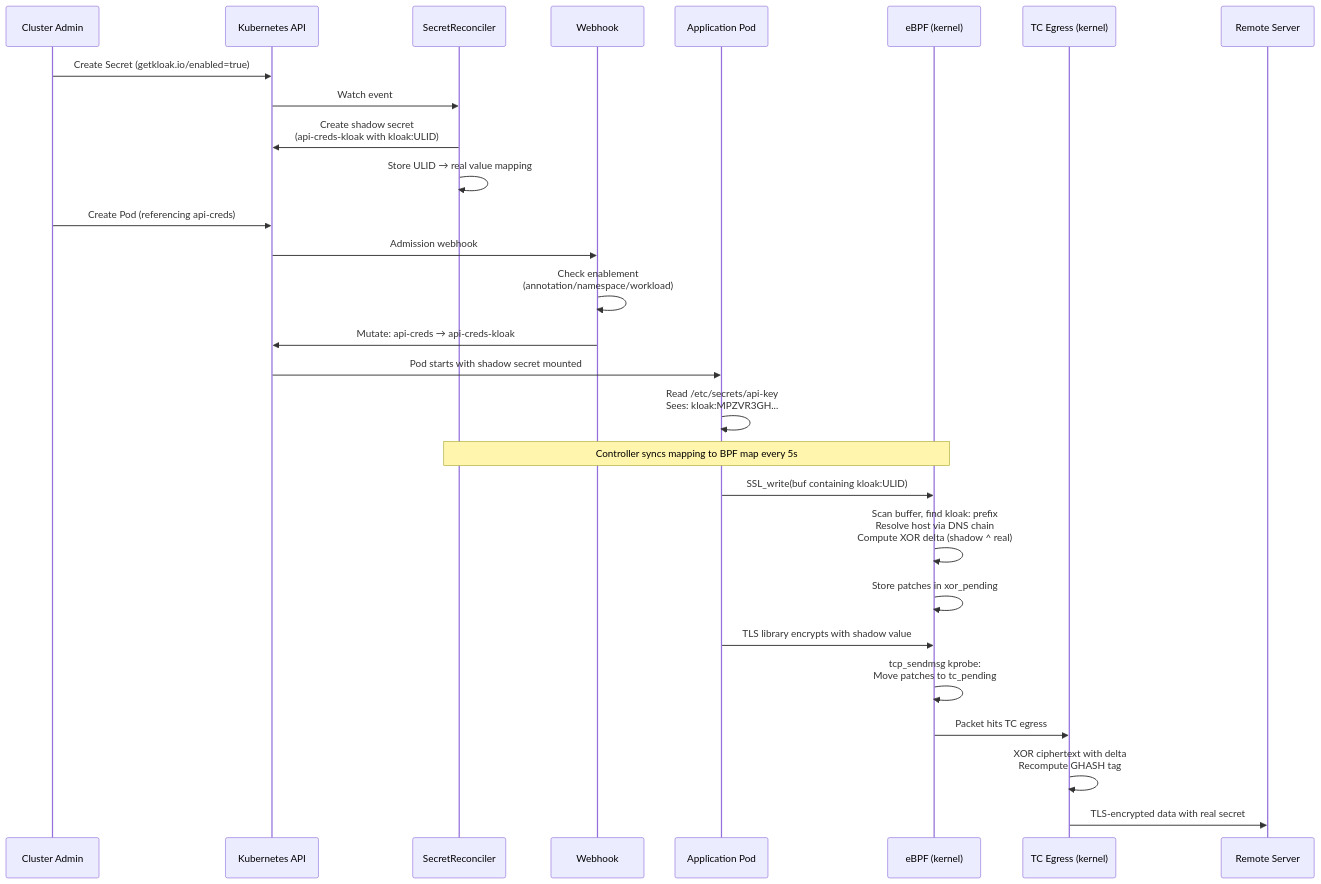
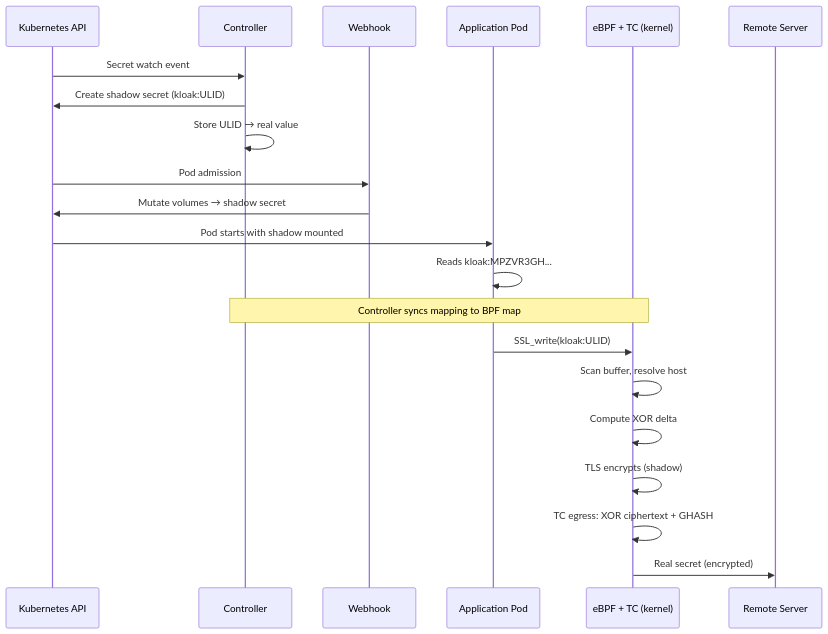
Before and after one commit to spinningfactory/kloak-web: the first of 2 diagrams in docs/architecture/overview.md, drawn with Mermaid. The commit also changed other lines of this file and 2 other files, not shown here.

First line of the commit message:
Fix Mermaid diagram sizing and simplify architecture diagrams

````diff
--- a/docs/architecture/overview.md
+++ b/docs/architecture/overview.md
@@ -91,37 +91,28 @@
 ```mermaid
 sequenceDiagram
-    participant User as Cluster Admin
     participant K8s as Kubernetes API
-    participant SR as SecretReconciler
+    participant Ctrl as Controller
     participant WH as Webhook
     participant App as Application Pod
-    participant eBPF as eBPF (kernel)
-    participant TC as TC Egress (kernel)
+    participant BPF as eBPF + TC (kernel)
     participant Remote as Remote Server
 
-    User->>K8s: Create Secret (getkloak.io/enabled=true)
-    K8s->>SR: Watch event
-    SR->>K8s: Create shadow secret<br/>(api-creds-kloak with kloak:ULID)
-    SR->>SR: Store ULID → real value mapping
+    K8s->>Ctrl: Secret watch event
+    Ctrl->>K8s: Create shadow secret (kloak:ULID)
+    Ctrl->>Ctrl: Store ULID → real value
 
-    User->>K8s: Create Pod (referencing api-creds)
-    K8s->>WH: Admission webhook
-    WH->>WH: Check enablement<br/>(annotation/namespace/workload)
-    WH->>K8s: Mutate: api-creds → api-creds-kloak
-    K8s->>App: Pod starts with shadow secret mounted
+    K8s->>WH: Pod admission
+    WH->>K8s: Mutate volumes → shadow secret
 
-    App->>App: Read /etc/secrets/api-key<br/>Sees: kloak:MPZVR3GH...
+    K8s->>App: Pod starts with shadow mounted
+    App->>App: Reads kloak:MPZVR3GH...
 
-    Note over SR,eBPF: Controller syncs mapping to BPF map every 5s
+    Note over Ctrl,BPF: Controller syncs mapping to BPF map
 
-    App->>eBPF: SSL_write(buf containing kloak:ULID)
-    eBPF->>eBPF: Scan buffer, find kloak: prefix<br/>Resolve host via DNS chain<br/>Compute XOR delta (shadow ^ real)
-    eBPF->>eBPF: Store patches in xor_pending
-
-    App->>eBPF: TLS library encrypts with shadow value
-    eBPF->>eBPF: tcp_sendmsg kprobe:<br/>Move patches to tc_pending
-
-    eBPF->>TC: Packet hits TC egress
-    TC->>TC: XOR ciphertext with delta<br/>Recompute GHASH tag
-    TC->>Remote: TLS-encrypted data with real secret
+    App->>BPF: SSL_write(kloak:ULID)
+    BPF->>BPF: Scan buffer, resolve host
+    BPF->>BPF: Compute XOR delta
+    BPF->>BPF: TLS encrypts (shadow)
+    BPF->>BPF: TC egress: XOR ciphertext + GHASH
+    BPF->>Remote: Real secret (encrypted)
 ```
````
